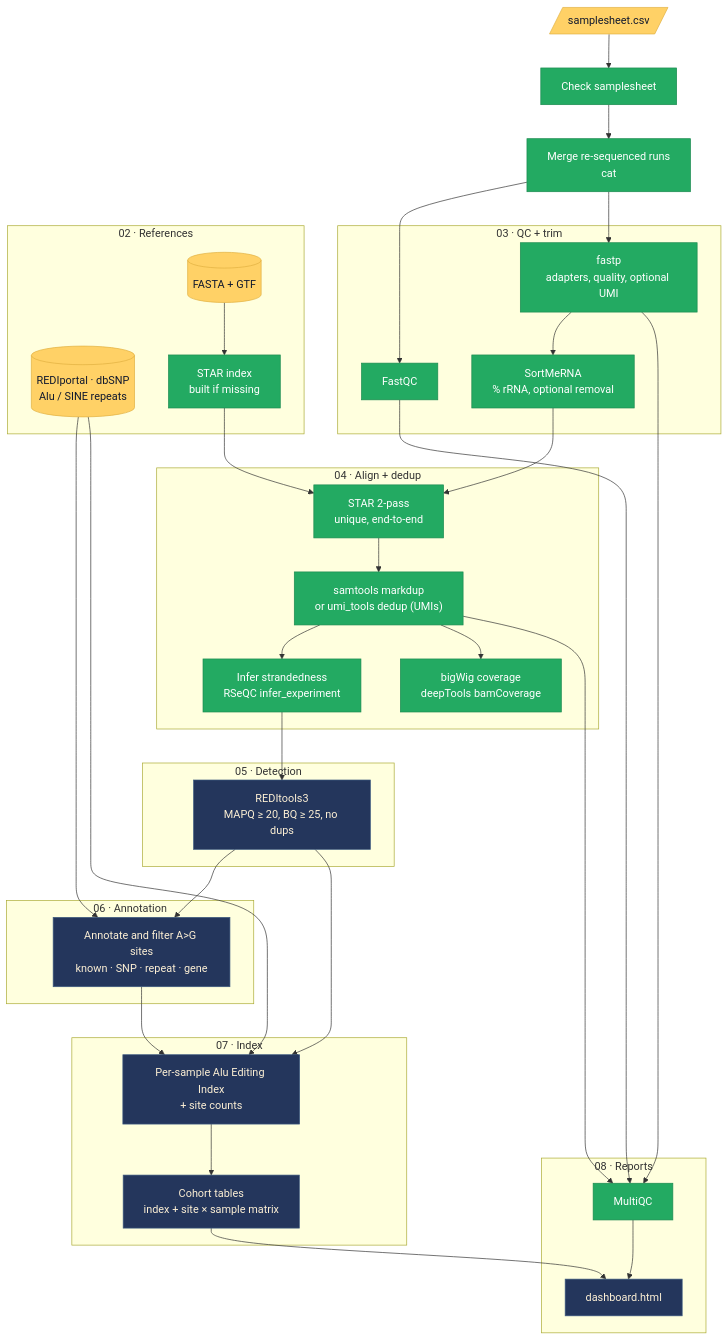
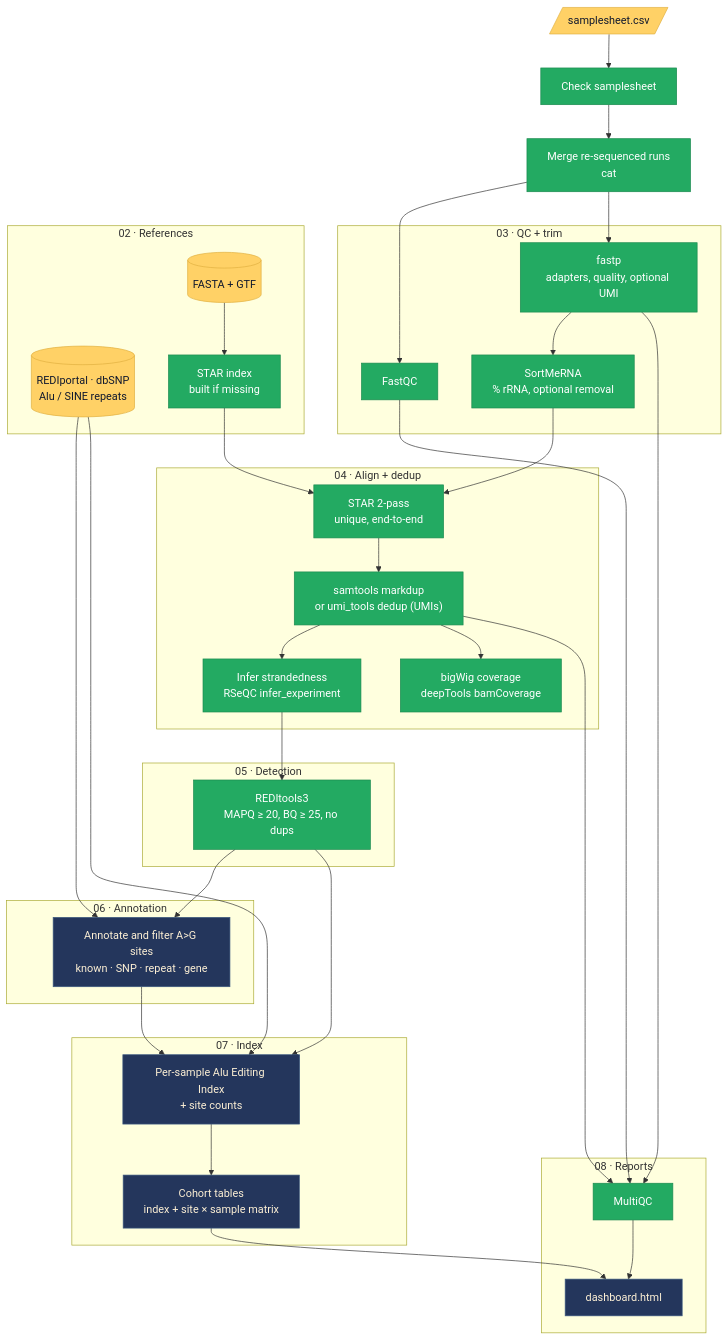
Before and after one commit to bioinfo-fiend/adarable: the diagram in README.md, drawn with Mermaid. The commit also changed other lines of this file and 9 other files, not shown here.

````diff
--- a/README.md
+++ b/README.md
@@ -19,67 +19,67 @@
 ```mermaid
 flowchart TD
     sheet[/"samplesheet.csv"/] --> check["Check samplesheet"]
     check --> cat["Merge re-sequenced runs<br/>cat"]
 
     subgraph qc ["03 · QC + trim"]
         fastqc["FastQC"]
         fastp["fastp<br/>adapters, quality, optional UMI"]
         ribo["SortMeRNA<br/>% rRNA, optional removal"]
     end
     cat --> fastqc
     cat --> fastp --> ribo
 
     subgraph refs ["02 · References"]
         fasta[("FASTA + GTF")]
         known[("REDIportal · dbSNP<br/>Alu / SINE repeats")]
         index["STAR index<br/>built if missing"]
     end
     fasta --> index
 
     subgraph align ["04 · Align + dedup"]
         star["STAR 2-pass<br/>unique, end-to-end"]
         markdup["samtools markdup<br/>or umi_tools dedup (UMIs)"]
         bigwig["bigWig coverage<br/>deepTools bamCoverage"]
         strand["Infer strandedness<br/>RSeQC infer_experiment"]
     end
     ribo --> star
     index --> star
     star --> markdup --> strand
     markdup --> bigwig
 
     subgraph detect ["05 · Detection"]
         redi["REDItools3<br/>MAPQ ≥ 20, BQ ≥ 25, no dups"]
     end
     strand --> redi
 
     subgraph annot ["06 · Annotation"]
         ann["Annotate and filter A>G sites<br/>known · SNP · repeat · gene"]
     end
     redi --> ann
     known --> ann
 
     subgraph index_ ["07 · Index"]
         aei["Per-sample Alu Editing Index<br/>+ site counts"]
         cohort["Cohort tables<br/>index + site × sample matrix"]
     end
     redi --> aei
     known --> aei
     ann --> aei --> cohort
 
     subgraph report ["08 · Reports"]
         mqc["MultiQC"]
         dash["dashboard.html"]
     end
     fastqc --> mqc
     fastp --> mqc
     markdup --> mqc
     cohort --> dash
     mqc --> dash
 
     classDef done fill:#23aa62,stroke:#1b8a4f,color:#fff
     classDef todo fill:#24365c,stroke:#3d5a80,color:#fdf0d5
     classDef data fill:#ffd166,stroke:#e0b040,color:#11192e
-    class check,cat,index,fastqc,fastp,ribo,mqc,star,markdup,strand,bigwig done
-    class redi,ann,aei,cohort,dash todo
+    class check,cat,index,fastqc,fastp,ribo,mqc,star,markdup,strand,bigwig,redi done
+    class ann,aei,cohort,dash todo
     class sheet,fasta,known data
 ```
````
